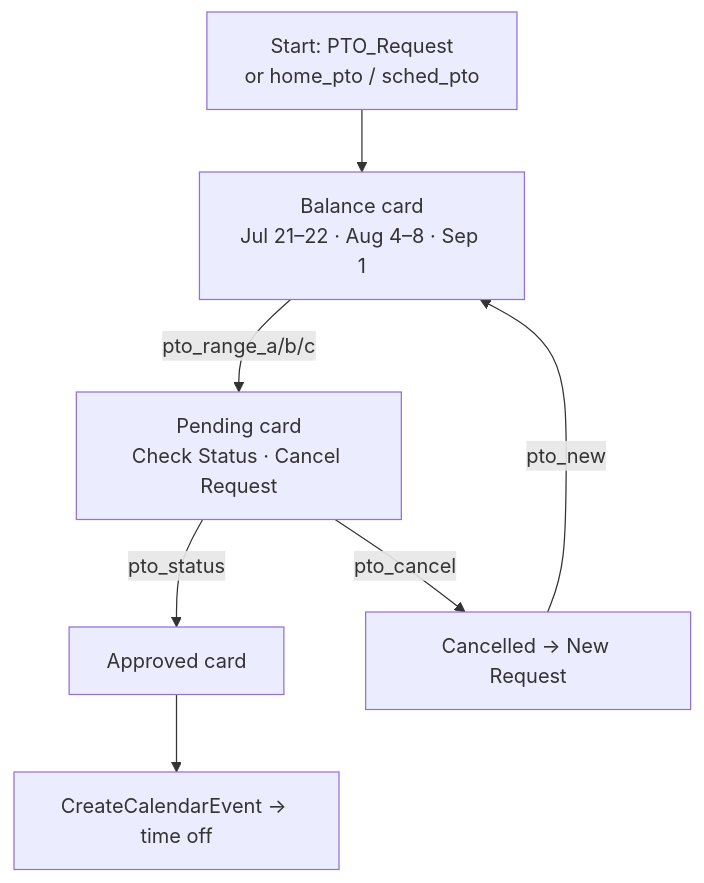
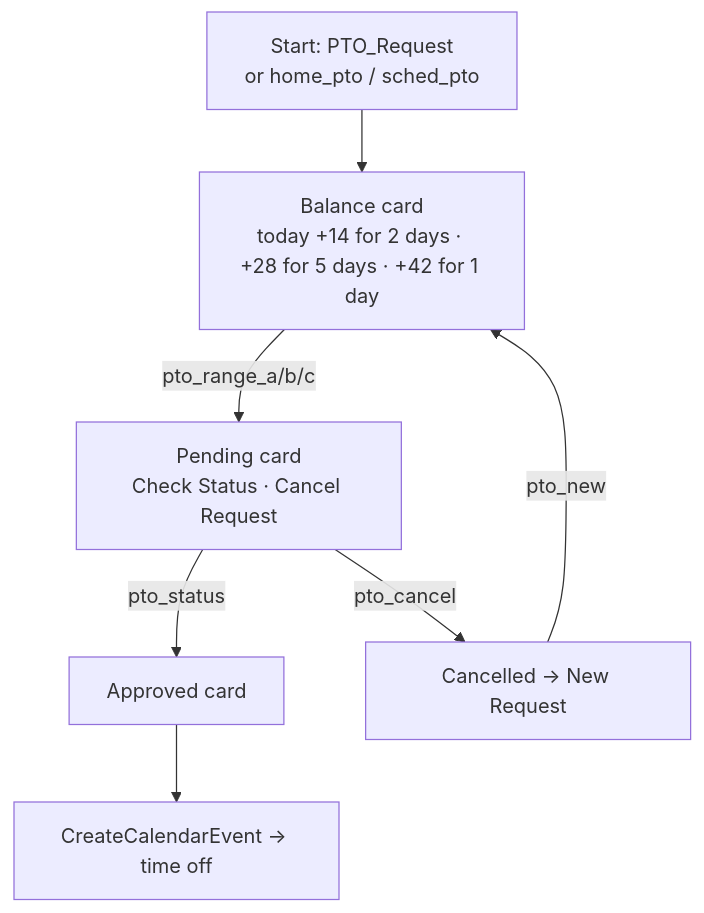
One commit to aws-samples/sample-rcs-messaging-demo-app changed diagram 11 of 16 in docs/architecture.md. Above: the diagram before and after it, drawn with Mermaid. The commit also changed other lines of this file and 156 other files, not shown here.

````diff
--- a/docs/architecture.md
+++ b/docs/architecture.md
@@ -1137,9 +1392,9 @@
 ```mermaid
 flowchart TD
-  T["Start: PTO_Request<br/>or home_pto / sched_pto"] --> B[Balance card<br/>Jul 21–22 · Aug 4–8 · Sep 1]
+  T["Start: PTO_Request<br/>or home_pto / sched_pto"] --> B["Balance card<br/>today +14 for 2 days · +28 for 5 days · +42 for 1 day"]
   B -->|pto_range_a/b/c| P[Pending card<br/>Check Status · Cancel Request]
   P -->|pto_status| AP[Approved card]
   AP --> CE[CreateCalendarEvent → time off]
   P -->|pto_cancel| X[Cancelled → New Request]
   X -->|pto_new| B
 ```
````
